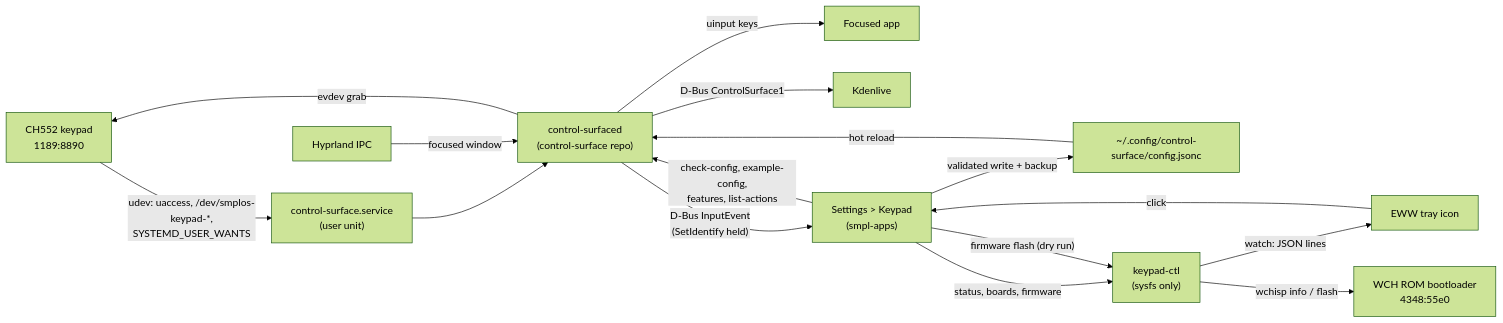
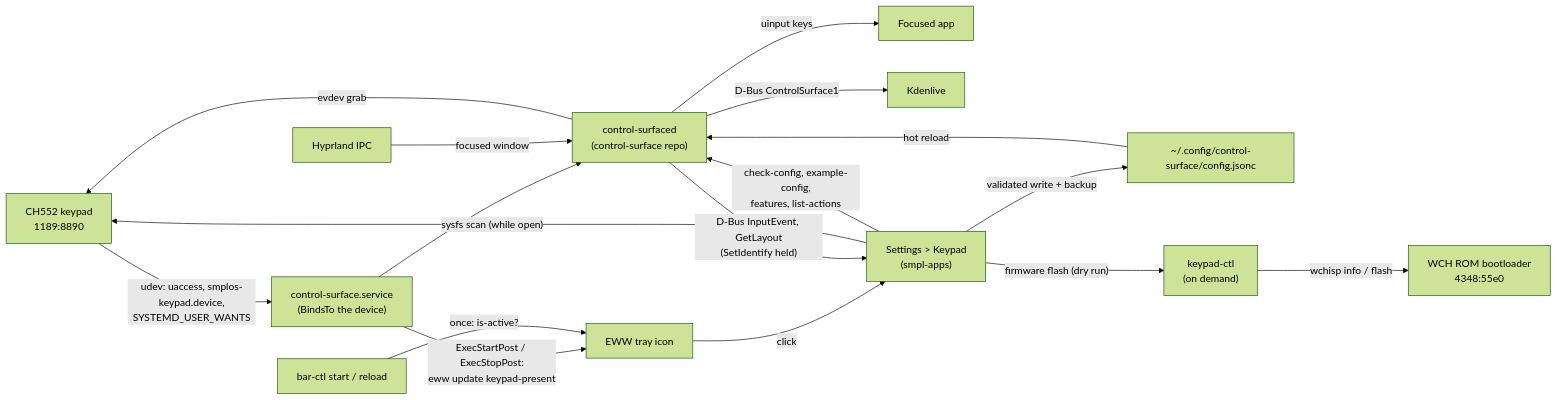
The first of 2 diagrams in KEYPAD.md (smpl-os/smplos), drawn with Mermaid (forest theme) before and after one commit. The commit also changed other lines of this file and 13 other files, not shown here.

First line of the commit message:
fix(keypad): run nothing without a keypad

````diff
--- a/KEYPAD.md
+++ b/KEYPAD.md
@@ -31,18 +53,19 @@
 ```mermaid
 flowchart LR
-  pad["CH552 keypad\n1189:8890"] -- "udev: uaccess, /dev/smplos-keypad-*,\nSYSTEMD_USER_WANTS" --> unit["control-surface.service\n(user unit)"]
+  pad["CH552 keypad\n1189:8890"] -- "udev: uaccess, smplos-keypad.device,\nSYSTEMD_USER_WANTS" --> unit["control-surface.service\n(BindsTo the device)"]
   unit --> daemon["control-surfaced\n(control-surface repo)"]
+  unit -- "ExecStartPost / ExecStopPost:\neww update keypad-present" --> eww["EWW tray icon"]
+  barctl["bar-ctl start / reload"] -- "once: is-active?" --> eww
   daemon -- "evdev grab" --> pad
   daemon -- "uinput keys" --> desktop[Focused app]
   daemon -- "D-Bus ControlSurface1" --> kdenlive[Kdenlive]
   hypr[Hyprland IPC] -- focused window --> daemon
   cfg["~/.config/control-surface/config.jsonc"] -- hot reload --> daemon
-  ctl["keypad-ctl\n(sysfs only)"] -- "watch: JSON lines" --> eww["EWW tray icon"]
   eww -- click --> settings["Settings > Keypad\n(smpl-apps)"]
-  settings -- "status, boards, firmware" --> ctl
+  settings -- "sysfs scan (while open)" --> pad
   settings -- "check-config, example-config,\nfeatures, list-actions" --> daemon
-  daemon -- "D-Bus InputEvent\n(SetIdentify held)" --> settings
+  daemon -- "D-Bus InputEvent, GetLayout\n(SetIdentify held)" --> settings
   settings -- "validated write + backup" --> cfg
-  settings -- "firmware flash (dry run)" --> ctl
+  settings -- "firmware flash (dry run)" --> ctl["keypad-ctl\n(on demand)"]
   ctl -- "wchisp info / flash" --> loader["WCH ROM bootloader\n4348:55e0"]
 ```
````
